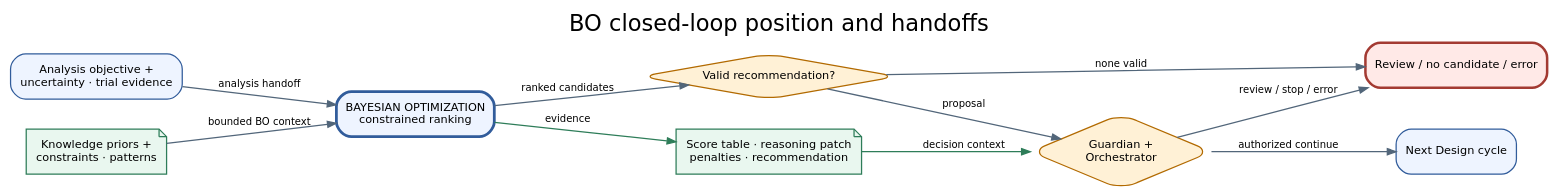
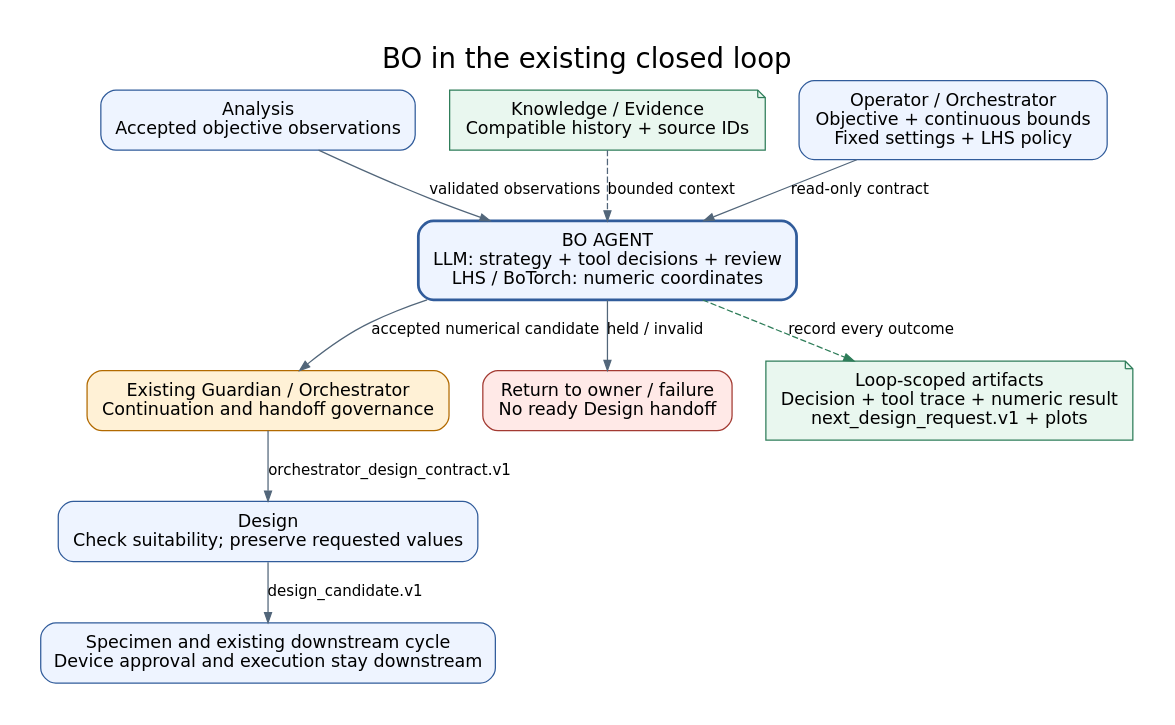
Before and after one commit to JIN9811/autonomous_researcher: the diagram in docs/agents/assets/figures/bo_01_closed_loop_handoffs.dot, drawn with Graphviz. The commit also changed 46 other files, not shown here.

Commit message:
feat(bo): add bounded LLM decisions and continuous design handoffs

```diff
--- a/docs/agents/assets/figures/bo_01_closed_loop_handoffs.dot
+++ b/docs/agents/assets/figures/bo_01_closed_loop_handoffs.dot
@@ -1,22 +1,23 @@
 digraph bo_closed_loop_handoffs {
-  graph [rankdir=LR, bgcolor="transparent", pad="0.25", nodesep="0.34", ranksep="0.55", fontname="DejaVu Sans", label="BO closed-loop position and handoffs", labelloc="t", fontsize=18];
-  node [shape=box, style="rounded,filled", fillcolor="#EEF4FF", color="#315C9B", fontname="DejaVu Sans", fontsize=9, margin="0.10,0.07"];
-  edge [color="#52667A", fontname="DejaVu Sans", fontsize=8, arrowsize=0.7];
-  analysis [label="Analysis objective +\nuncertainty · trial evidence"];
-  knowledge [label="Knowledge priors +\nconstraints · patterns", shape=note, fillcolor="#E9F7EF", color="#2E7D59"];
-  bo [label="BAYESIAN OPTIMIZATION\nconstrained ranking", penwidth=2.2];
-  gate [label="Valid recommendation?", shape=diamond, fillcolor="#FFF1D6", color="#B26A00"];
-  guardian [label="Guardian +\nOrchestrator", shape=diamond, fillcolor="#FFF1D6", color="#B26A00"];
-  design [label="Next Design cycle"];
-  review [label="Review / no candidate / error", fillcolor="#FFE9E7", color="#A33A32", penwidth=2];
-  evidence [label="Score table · reasoning patch\npenalties · recommendation", shape=note, fillcolor="#E9F7EF", color="#2E7D59"];
-  analysis -> bo [label="analysis handoff"];
-  knowledge -> bo [label="bounded BO context"];
-  bo -> gate [label="ranked candidates"];
-  gate -> guardian [label="proposal"];
-  gate -> review [label="none valid"];
-  guardian -> design [label="authorized continue"];
-  guardian -> review [label="review / stop / error"];
-  bo -> evidence [label="evidence", color="#2E7D59"];
-  evidence -> guardian [label="decision context", color="#2E7D59"];
+  graph [rankdir=TB, bgcolor="#FFFFFF", pad="0.35", nodesep="0.38", ranksep="0.48", fontname="DejaVu Sans", label="BO in the existing closed loop", labelloc="t", fontsize=22];
+  node [shape=box, style="rounded,filled", fillcolor="#EEF4FF", color="#315C9B", fontname="DejaVu Sans", fontsize=14, margin="0.18,0.12"];
+  edge [color="#52667A", fontname="DejaVu Sans", fontsize=12, arrowsize=0.8];
+  analysis [label="Analysis\nAccepted objective observations"];
+  knowledge [label="Knowledge / Evidence\nCompatible history + source IDs", shape=note, fillcolor="#E9F7EF", color="#2E7D59"];
+  settings [label="Operator / Orchestrator\nObjective + continuous bounds\nFixed settings + LHS policy"];
+  bo [label="BO AGENT\nLLM: strategy + tool decisions + review\nLHS / BoTorch: numeric coordinates", penwidth=2.2];
+  guardian [label="Existing Guardian / Orchestrator\nContinuation and handoff governance", fillcolor="#FFF1D6", color="#B26A00"];
+  design [label="Design\nCheck suitability; preserve requested values"];
+  specimen [label="Specimen and existing downstream cycle\nDevice approval and execution stay downstream"];
+  review [label="Return to owner / failure\nNo ready Design handoff", fillcolor="#FFE9E7", color="#A33A32"];
+  evidence [label="Loop-scoped artifacts\nDecision + tool trace + numeric result\nnext_design_request.v1 + plots", shape=note, fillcolor="#E9F7EF", color="#2E7D59"];
+  {rank=same; analysis; settings; knowledge;}
+  analysis -> bo [label="validated observations"];
+  settings -> bo [label="read-only contract"];
+  knowledge -> bo [label="bounded context", style=dashed];
+  bo -> guardian [label="accepted numerical candidate"];
+  bo -> review [label="held / invalid"];
+  guardian -> design [label="orchestrator_design_contract.v1"];
+  design -> specimen [label="design_candidate.v1"];
+  bo -> evidence [label="record every outcome", style=dashed, color="#2E7D59"];
 }
```
